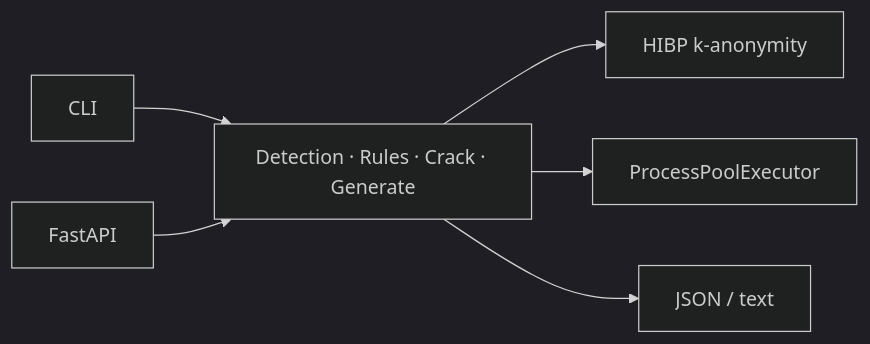
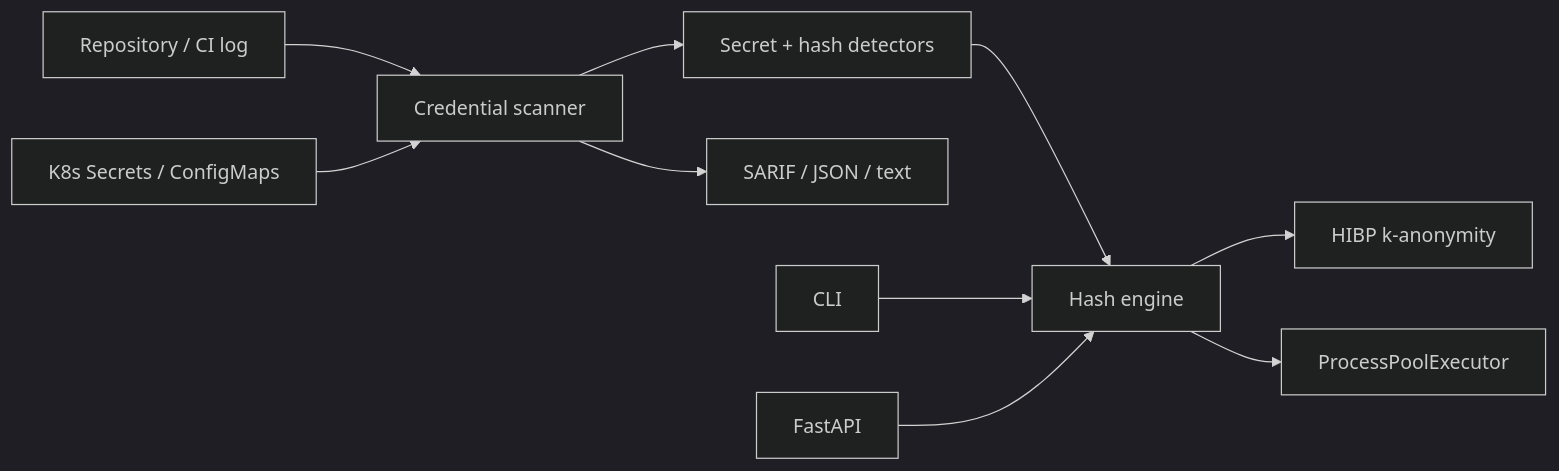
Before and after one commit to GhostSN221/smart-hash-tool: the diagram in README.MD, drawn with Mermaid (dark theme). The commit also changed other lines of this file and 27 other files, not shown here.

Commit message:
feat: add credential hygiene scanner, SARIF action and CNCF governance

````diff
--- a/README.MD
+++ b/README.MD
@@ -105,8 +169,12 @@
 ```mermaid
 flowchart LR
-    CLI[CLI] --> Core[Detection · Rules · Crack · Generate]
-    API[FastAPI] --> Core
+    Repo[Repository / CI log] --> Scan[Credential scanner]
+    K8s[K8s Secrets / ConfigMaps] --> Scan
+    Scan --> Det[Secret + hash detectors]
+    Det --> Core[Hash engine]
     Core --> HIBP[HIBP k-anonymity]
     Core --> Pool[ProcessPoolExecutor]
-    Core --> Out[JSON / text]
+    Scan --> SARIF[SARIF / JSON / text]
+    CLI[CLI] --> Core
+    API[FastAPI] --> Core
 ```
````
